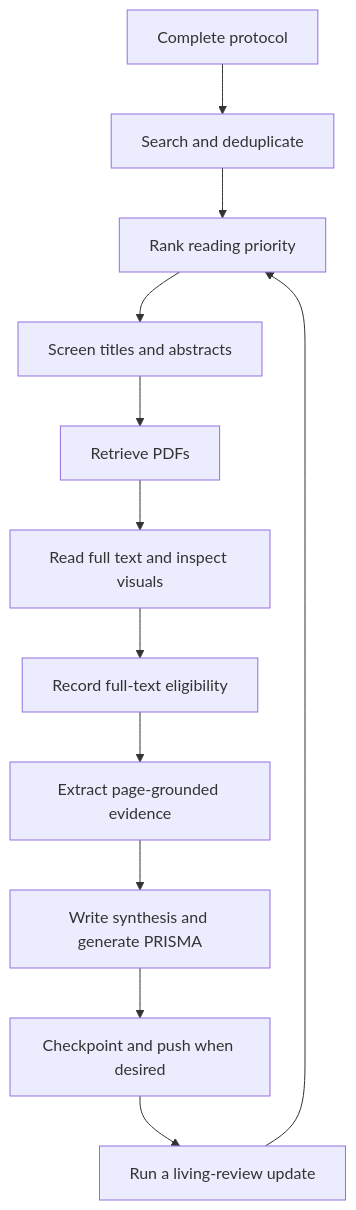
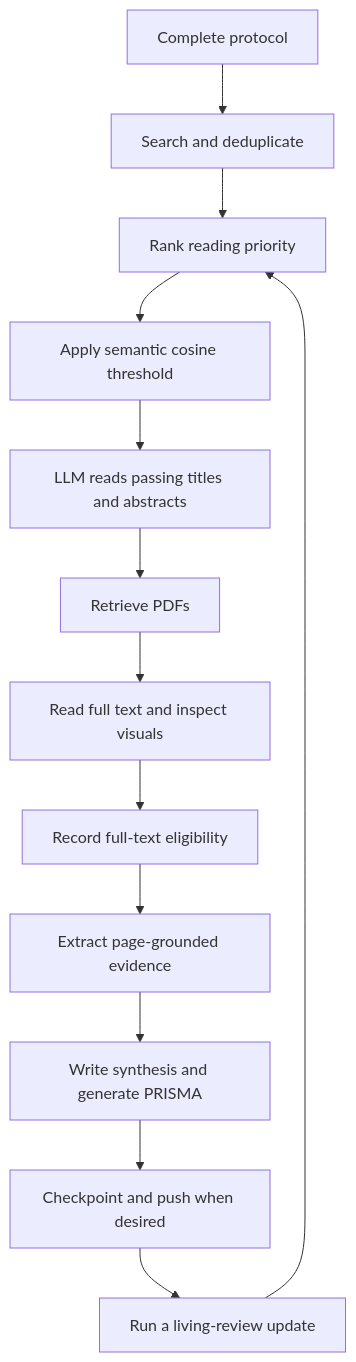
The diagram in README.md (xtobando/slr-system), drawn with Mermaid before and after one commit. The commit also changed other lines of this file and 24 other files, not shown here.

````diff
--- a/README.md
+++ b/README.md
@@ -258,14 +281,15 @@
 ```mermaid
 flowchart TD
     A[Complete protocol] --> B[Search and deduplicate]
     B --> C[Rank reading priority]
-    C --> D[Screen titles and abstracts]
+    C --> T[Apply semantic cosine threshold]
+    T --> D[LLM reads passing titles and abstracts]
     D --> E[Retrieve PDFs]
     E --> F[Read full text and inspect visuals]
     F --> G[Record full-text eligibility]
     G --> H[Extract page-grounded evidence]
     H --> I[Write synthesis and generate PRISMA]
     I --> J[Checkpoint and push when desired]
     J --> K[Run a living-review update]
     K --> C
 ```
````
